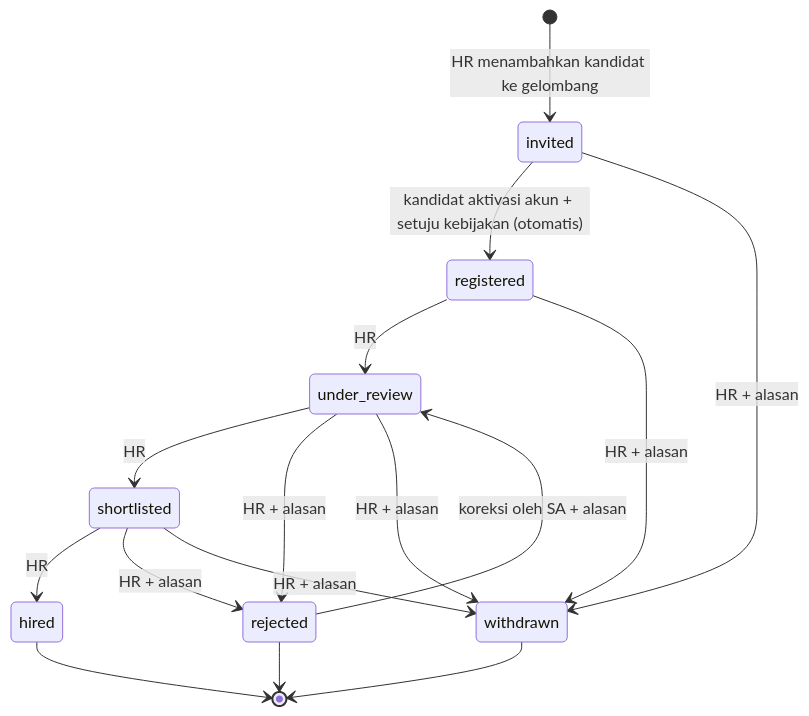
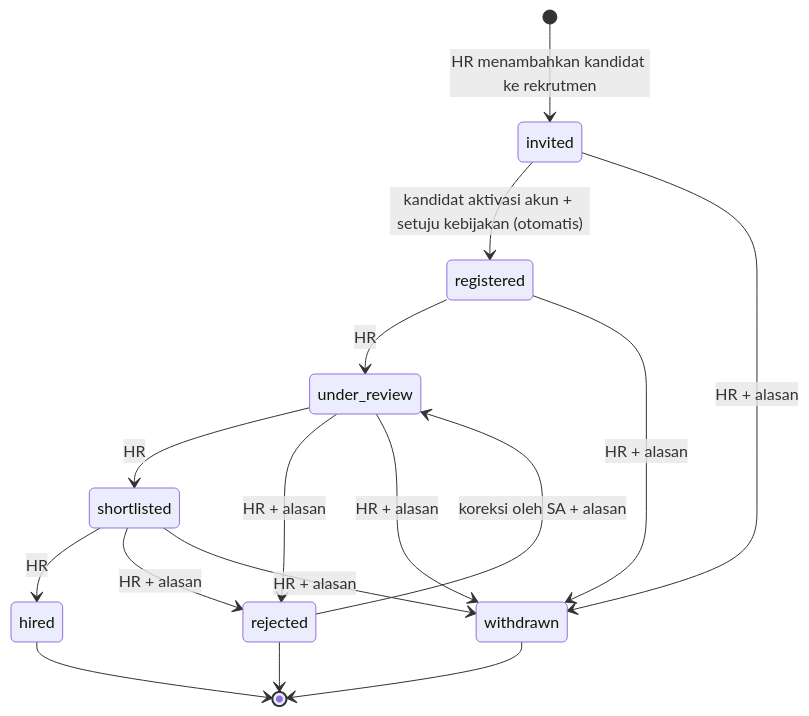
Before and after one commit to ilham0108/learning-apps: the seventh of 11 diagrams in docs/tahap-1.md, drawn with Mermaid. The commit also changed other lines of this file and 161 other files, not shown here.

````diff
--- a/docs/tahap-1.md
+++ b/docs/tahap-1.md
@@ -822,18 +823,18 @@
 ```mermaid
 stateDiagram-v2
-    [*] --> invited: HR menambahkan kandidat ke gelombang
+    [*] --> invited: HR menambahkan kandidat ke rekrutmen
     invited --> registered: kandidat aktivasi akun + setuju kebijakan (otomatis)
     registered --> under_review: HR
     under_review --> shortlisted: HR
     under_review --> rejected: HR + alasan
     shortlisted --> hired: HR
     shortlisted --> rejected: HR + alasan
     invited --> withdrawn: HR + alasan
     registered --> withdrawn: HR + alasan
     under_review --> withdrawn: HR + alasan
     shortlisted --> withdrawn: HR + alasan
     rejected --> under_review: koreksi oleh SA + alasan
     hired --> [*]
     rejected --> [*]
     withdrawn --> [*]
 ```
````
